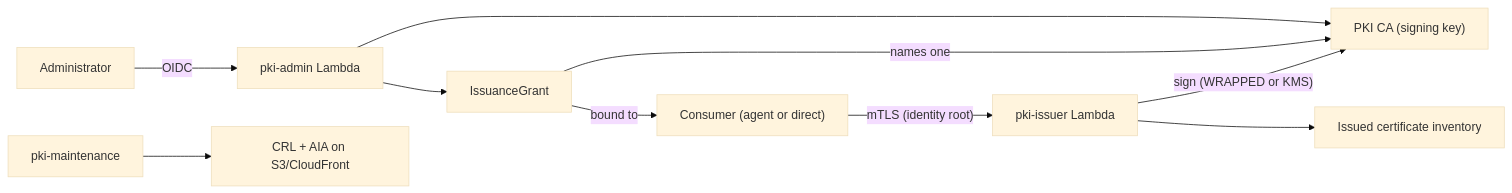
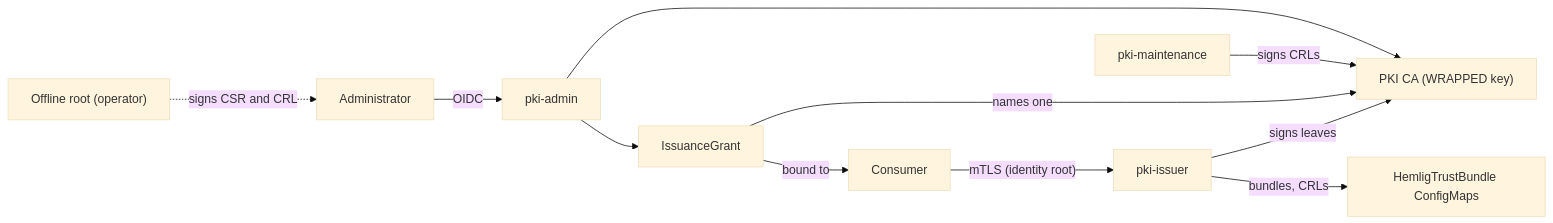
The first of 2 diagrams in docs/design/pki-plan.md (zyno-io/hemlig), drawn with Mermaid (base theme) before and after one commit. The commit also changed other lines of this file, not shown here.

First line of the commit message:
docs(design): rewrite PKI plan as a trimmed v1

````diff
--- a/docs/design/pki-plan.md
+++ b/docs/design/pki-plan.md
@@ -114,12 +203,13 @@
 ```mermaid
 flowchart LR
-  admin["Administrator"] -- OIDC --> pkiadmin["pki-admin Lambda"]
-  pkiadmin --> ca["PKI CA (signing key)"]
+  root["Offline root (operator)"] -. "signs CSR and CRL" .-> admin["Administrator"]
+  admin -- OIDC --> pkiadmin["pki-admin"]
+  pkiadmin --> ca["PKI CA (WRAPPED key)"]
   pkiadmin --> ig["IssuanceGrant"]
   ig -- "names one" --> ca
-  ig -- "bound to" --> consumer["Consumer (agent or direct)"]
-  consumer -- "mTLS (identity root)" --> pkiissuer["pki-issuer Lambda"]
-  pkiissuer -- "sign (WRAPPED or KMS)" --> ca
-  pkiissuer --> inv["Issued certificate inventory"]
-  maint["pki-maintenance"] --> crl["CRL + AIA on S3/CloudFront"]
+  ig -- "bound to" --> consumer["Consumer"]
+  consumer -- "mTLS (identity root)" --> pkiissuer["pki-issuer"]
+  pkiissuer -- "signs leaves" --> ca
+  maint["pki-maintenance"] -- "signs CRLs" --> ca
+  pkiissuer -- "bundles, CRLs" --> tb["HemligTrustBundle ConfigMaps"]
 ```
````
